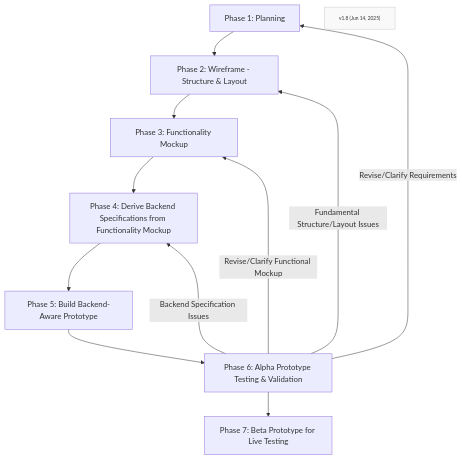
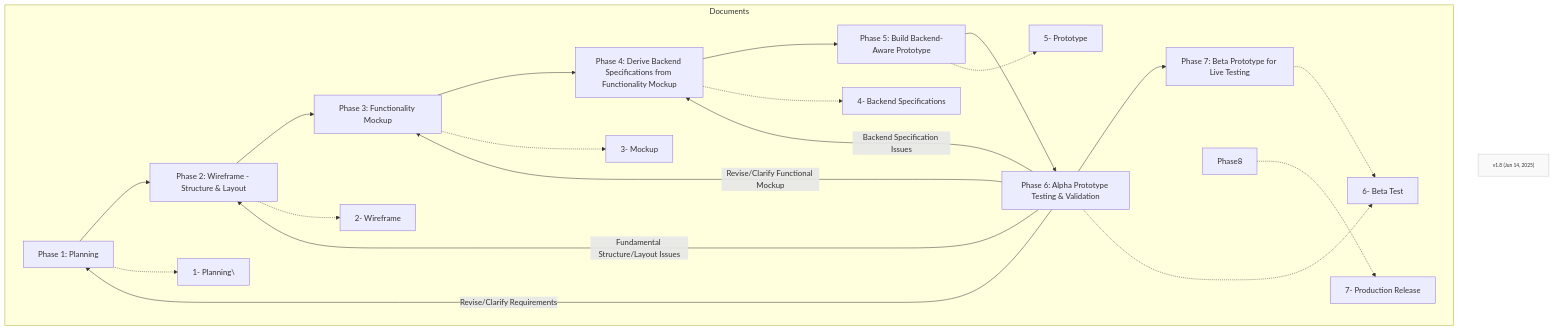
One commit to Mharbulous/Front-First-Method changed the first of 2 diagrams in Phases/FF-overview.md. Above: the diagram before and after it, drawn with Mermaid. The commit also changed other lines of this file, not shown here.

````diff
--- a/Phases/FF-overview.md
+++ b/Phases/FF-overview.md
@@ -1,19 +1,30 @@
 ```mermaid
 graph TD
     Phase1["Phase 1: Planning"] --> Phase2["Phase 2: Wireframe - Structure & Layout"]
     Phase2 --> Phase3["Phase 3: Functionality Mockup"]
     Phase3 --> Phase4["Phase 4: Derive Backend Specifications from Functionality Mockup"]
     Phase4 --> Phase5["Phase 5: Build Backend-Aware Prototype"]
     Phase5 --> Phase6["Phase 6: Alpha Prototype Testing & Validation"]
     Phase6 --> Phase7["Phase 7: Beta Prototype for Live Testing"]
     
     Phase6 -->|Revise/Clarify Requirements| Phase1
     Phase6 -->|Fundamental Structure/Layout Issues| Phase2
     Phase6 -->|Revise/Clarify Functional Mockup| Phase3
     Phase6 -->|Backend Specification Issues| Phase4    
+
+subgraph Files["Documents"]
+        Phase1 -.-> PRD["1- Planning\"]
+        Phase2 -.-> Wireframe["2- Wireframe"]
+        Phase3 -.-> Mockup["3- Mockup"]
+        Phase4 -.-> Specs["4- Backend Specifications"]
+        Phase5 -.-> Prototype["5- Prototype"]
+        Phase6 -.-> Alpha["5- Alpha Test"]
+        Phase7 -.-> Alpha["6- Beta Test"]
+        Phase8 -.-> Production["7- Production Release"]
+    end
        
 
     VersionInfo["v1.8 (Jun 14, 2025)"]
     classDef version fill:#f9f9f9,stroke:#ccc,font-size:10px;
     class VersionInfo version
 ```
````
